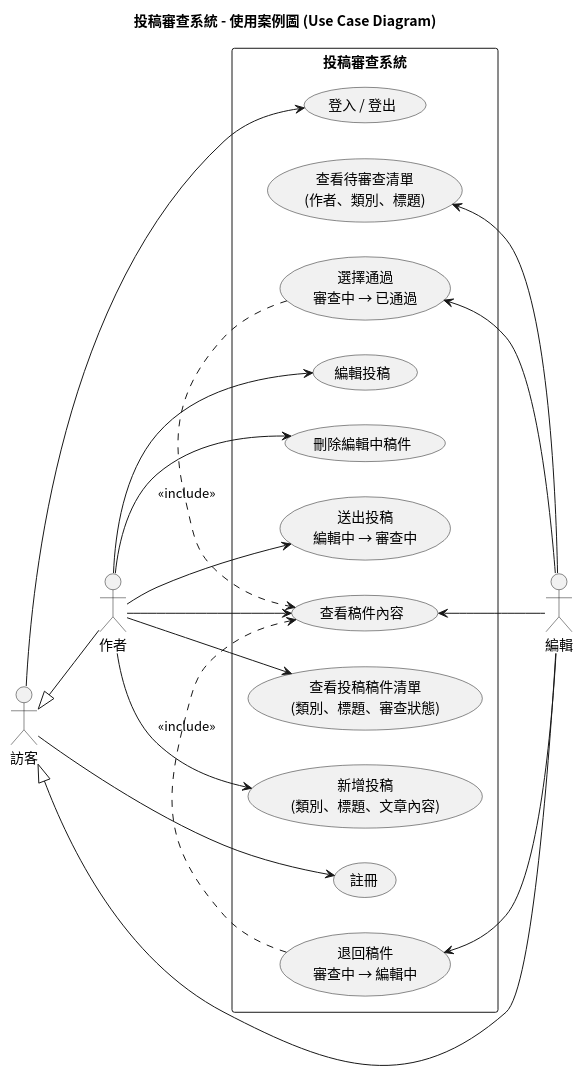
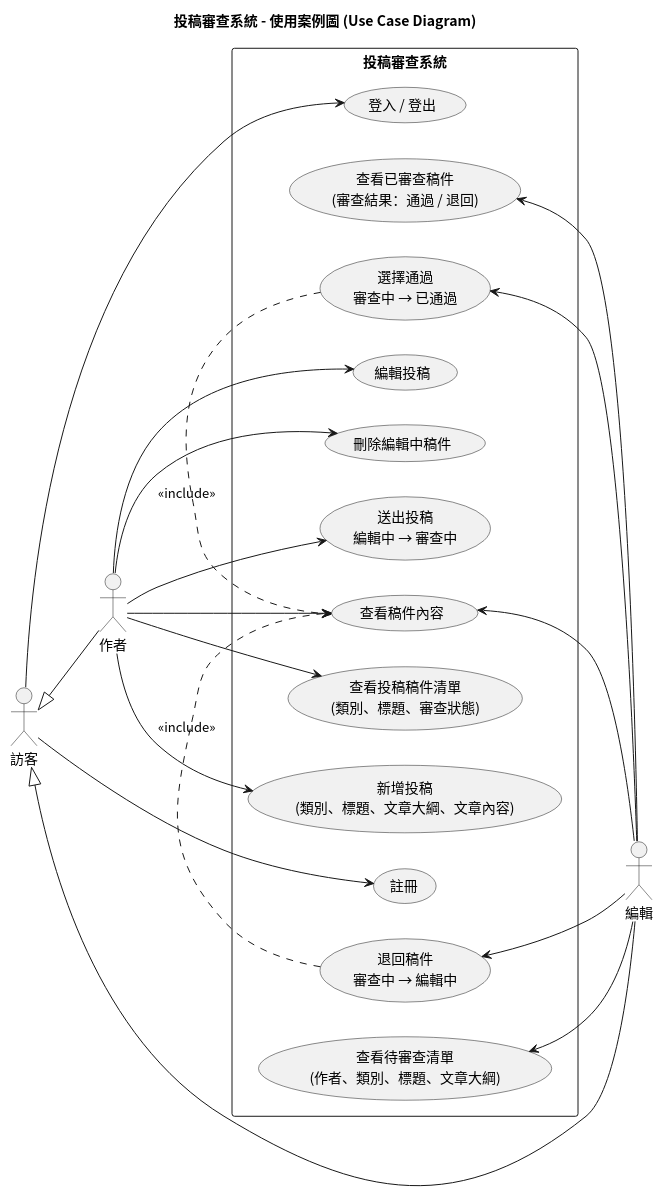
The diagram in docs/uml/01_use_case.puml (617-lyx/1151se_mid), drawn with PlantUML before and after one commit. The commit also changed 20 other files, not shown here.

```diff
--- a/docs/uml/01_use_case.puml
+++ b/docs/uml/01_use_case.puml
@@ -1,39 +1,41 @@
 @startuml 01_use_case
 skinparam defaultFontName "Noto Sans CJK TC"
 skinparam shadowing false
 skinparam backgroundColor white
 left to right direction
 title 投稿審查系統 - 使用案例圖 (Use Case Diagram)
 actor "訪客" as Guest
 actor "作者" as Author
 actor "編輯" as Editor
 rectangle "投稿審查系統" {
   usecase "註冊" as R
   usecase "登入 / 登出" as L
   usecase "查看投稿稿件清單\n(類別、標題、審查狀態)" as UC1
-  usecase "新增投稿\n(類別、標題、文章內容)" as UC2
+  usecase "新增投稿\n(類別、標題、文章大綱、文章內容)" as UC2
   usecase "編輯投稿" as UC3
   usecase "刪除編輯中稿件" as UC4
   usecase "送出投稿\n編輯中 → 審查中" as UC5
   usecase "查看稿件內容" as UC7
-  usecase "查看待審查清單\n(作者、類別、標題)" as UC6
+  usecase "查看待審查清單\n(作者、類別、標題、文章大綱)" as UC6
   usecase "選擇通過\n審查中 → 已通過" as UC8
   usecase "退回稿件\n審查中 → 編輯中" as UC9
+  usecase "查看已審查稿件\n(審查結果：通過 / 退回)" as UC10
 }
 Guest --> R
 Guest --> L
 Author --> UC1
 Author --> UC2
 Author --> UC3
 Author --> UC4
 Author --> UC5
 Author --> UC7
 UC7 <-- Editor
 UC6 <-- Editor
 UC8 <-- Editor
 UC9 <-- Editor
+UC10 <-- Editor
 Author -up-|> Guest
 Editor -up-|> Guest
 UC8 .> UC7 : <<include>>
 UC9 .> UC7 : <<include>>
 @enduml
```
